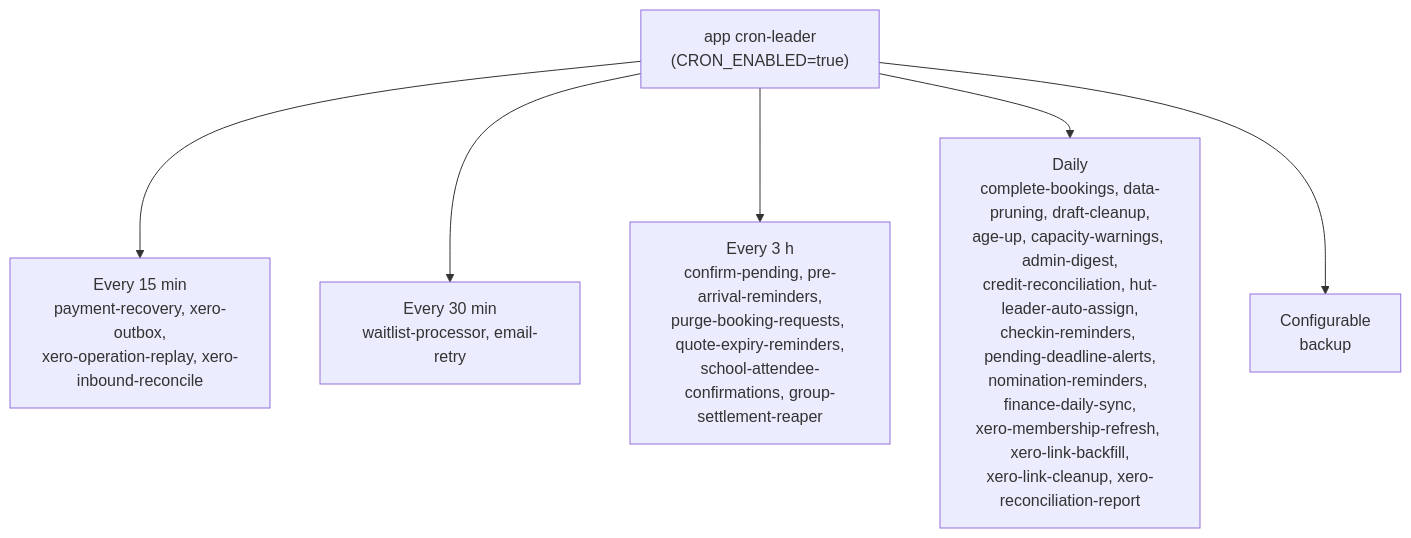
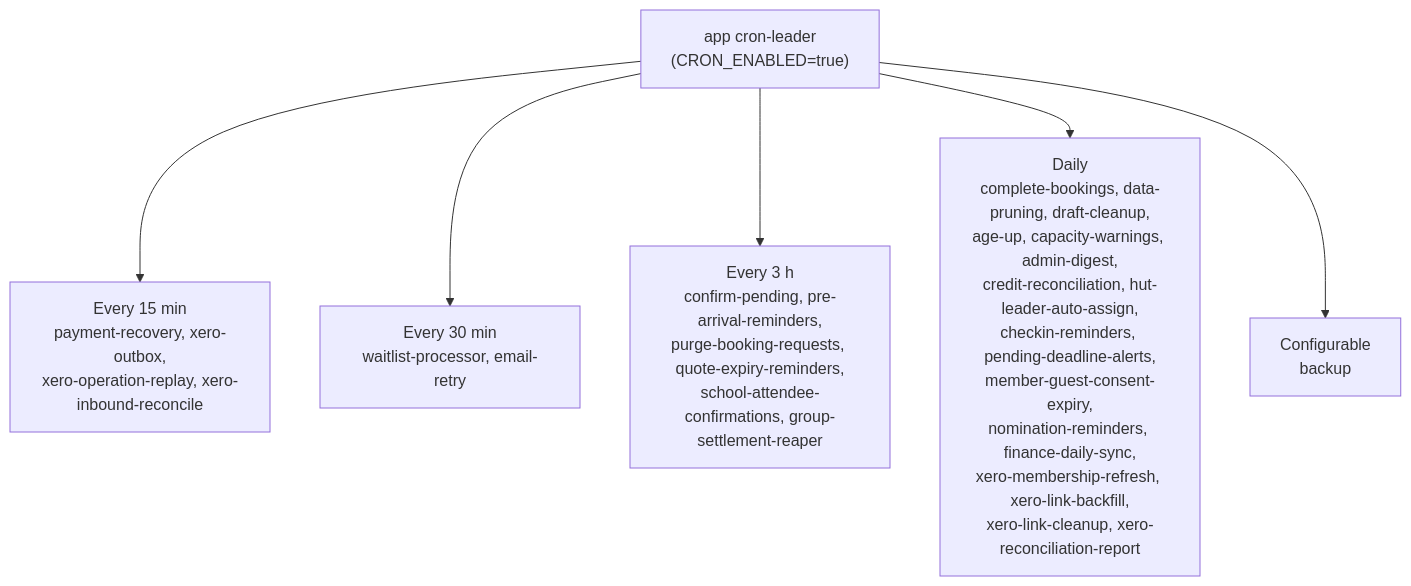
Before and after one commit to hoppers99/AlpineClubBookingsNZ: the fifth of 5 diagrams in docs/ARCHITECTURE.md, drawn with Mermaid. The commit also changed other lines of this file and 4 other files, not shown here.

Commit message:
docs(member-guests): the consent lifecycle, the ticked consequences, and the expiry sweep (#2307)

````diff
--- a/docs/ARCHITECTURE.md
+++ b/docs/ARCHITECTURE.md
@@ -1945,9 +1945,9 @@
 ```mermaid
 flowchart TD
     Leader["app cron-leader<br/>(CRON_ENABLED=true)"]
     Leader --> Q15["Every 15 min<br/>payment-recovery, xero-outbox,<br/>xero-operation-replay, xero-inbound-reconcile"]
     Leader --> Q30["Every 30 min<br/>waitlist-processor, email-retry"]
     Leader --> Q3h["Every 3 h<br/>confirm-pending, pre-arrival-reminders,<br/>purge-booking-requests, quote-expiry-reminders,<br/>school-attendee-confirmations, group-settlement-reaper"]
-    Leader --> Daily["Daily<br/>complete-bookings, data-pruning, draft-cleanup,<br/>age-up, capacity-warnings, admin-digest,<br/>credit-reconciliation, hut-leader-auto-assign,<br/>checkin-reminders, pending-deadline-alerts,<br/>nomination-reminders, finance-daily-sync,<br/>xero-membership-refresh, xero-link-backfill,<br/>xero-link-cleanup, xero-reconciliation-report"]
+    Leader --> Daily["Daily<br/>complete-bookings, data-pruning, draft-cleanup,<br/>age-up, capacity-warnings, admin-digest,<br/>credit-reconciliation, hut-leader-auto-assign,<br/>checkin-reminders, pending-deadline-alerts,<br/>member-guest-consent-expiry,<br/>nomination-reminders, finance-daily-sync,<br/>xero-membership-refresh, xero-link-backfill,<br/>xero-link-cleanup, xero-reconciliation-report"]
     Leader --> Cfg["Configurable<br/>backup"]
 ```
````
